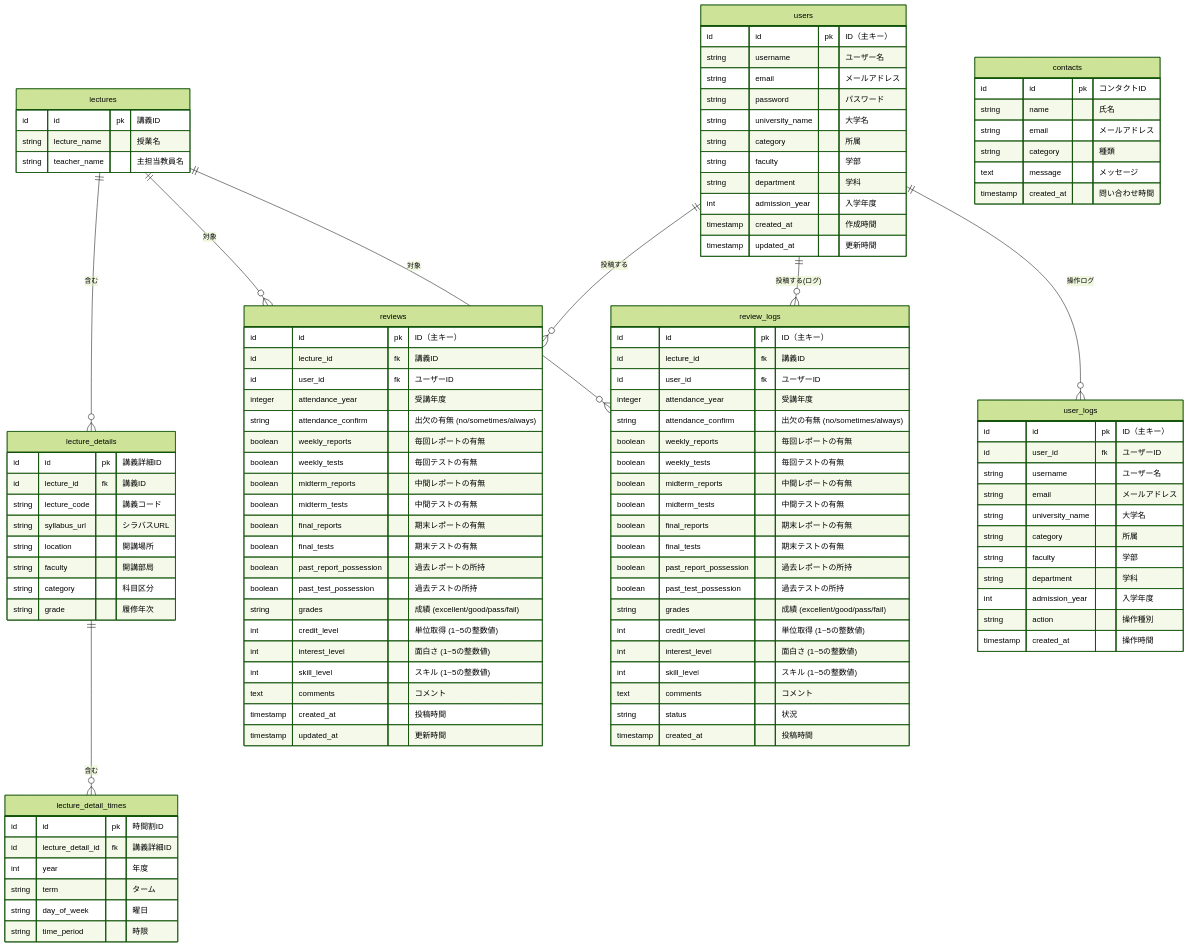
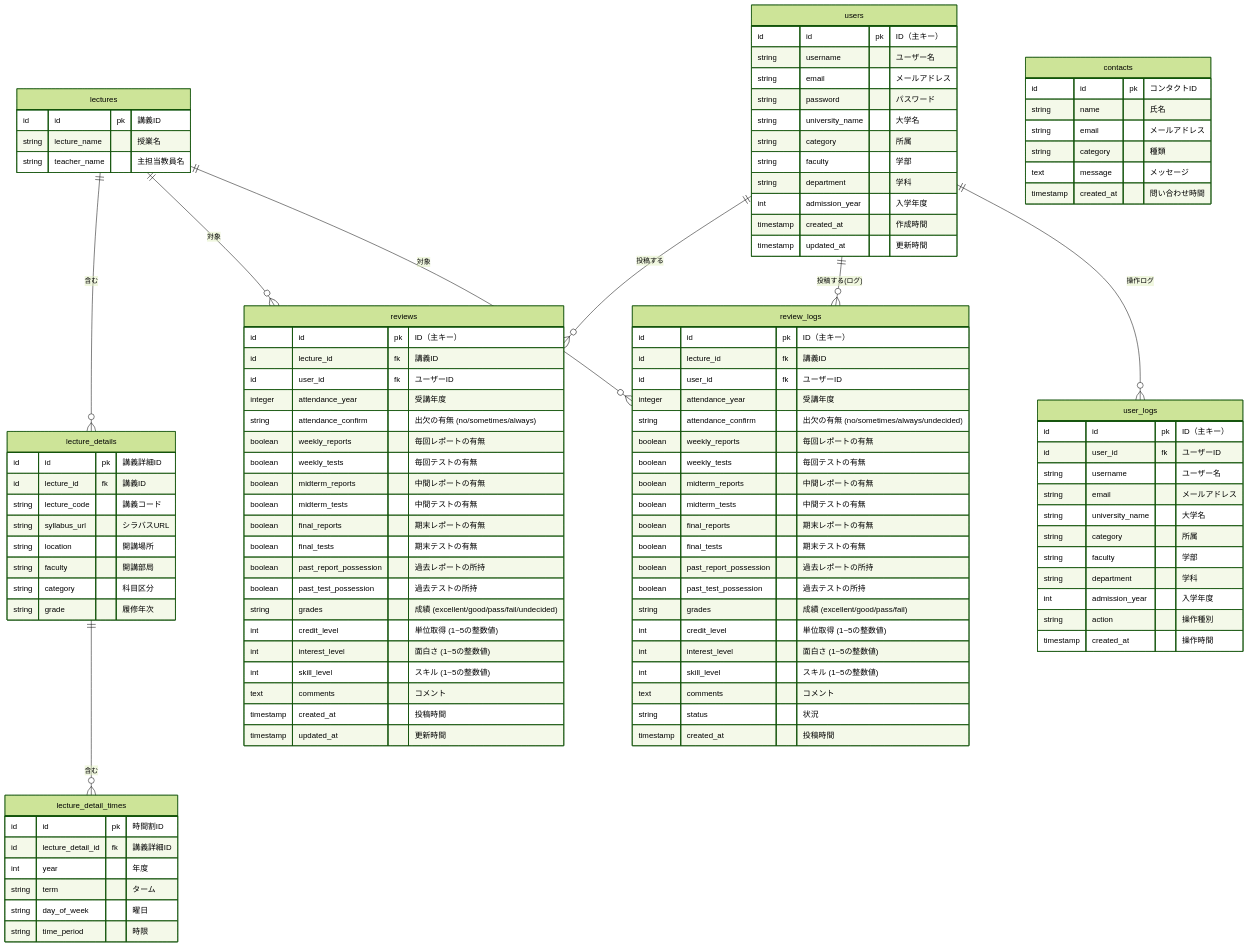
Before and after one commit to HirodaiTarou/kaede-django-next.js: the diagram in docs/database.md, drawn with Mermaid (forest theme). The commit also changed other lines of this file and 2 other files, not shown here.

Commit message:
#10 成績フィールドに「未定」の選択肢を追加した

```diff
--- a/docs/database.md
+++ b/docs/database.md
@@ -71,7 +71,7 @@
     boolean final_tests "期末テストの有無"
     boolean past_report_possession "過去レポートの所持"
     boolean past_test_possession "過去テストの所持"
-    string grades "成績 (excellent/good/pass/fail)"
+    string grades "成績 (excellent/good/pass/fail/undecided)"
     int credit_level "単位取得 (1~5の整数値)"
     int interest_level "面白さ (1~5の整数値)"
     int skill_level "スキル (1~5の整数値)"
@@ -85,7 +85,7 @@
     id lecture_id fk "講義ID"
     id user_id fk "ユーザーID"
     integer attendance_year "受講年度"
-    string attendance_confirm "出欠の有無 (no/sometimes/always)"
+    string attendance_confirm "出欠の有無 (no/sometimes/always/undecided)"
     boolean weekly_reports "毎回レポートの有無"
     boolean weekly_tests "毎回テストの有無"
     boolean midterm_reports "中間レポートの有無"
```
